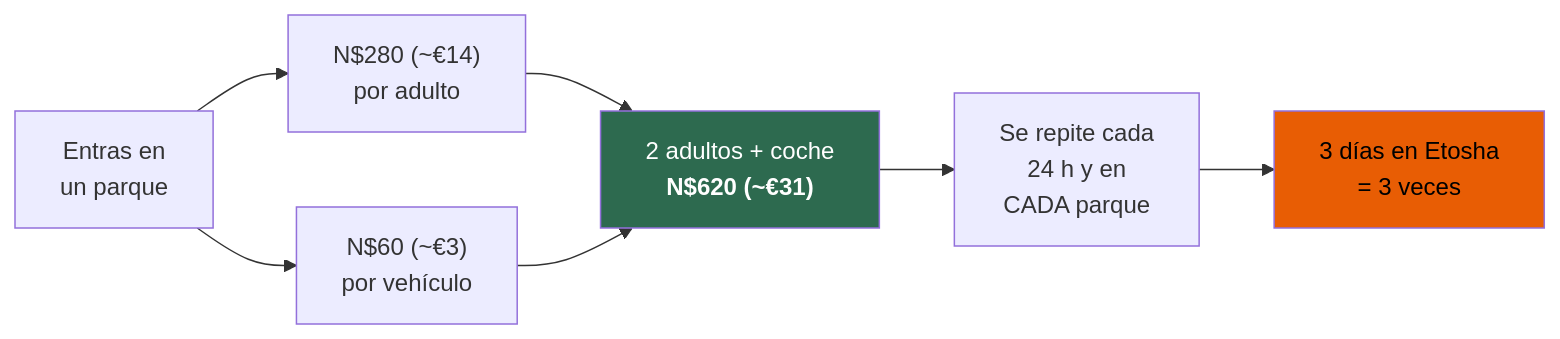
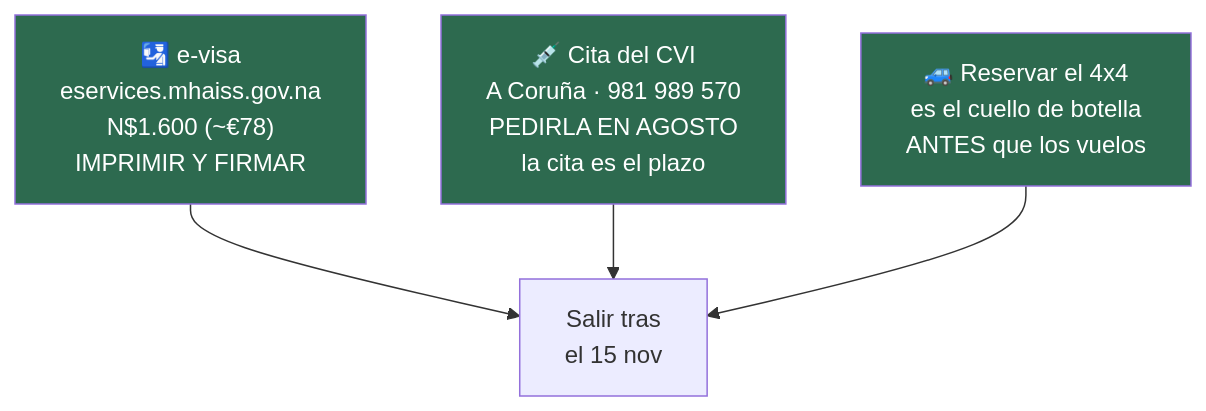
One commit to morandeirachema/namibia changed the seventh of 10 diagrams in README.md. Above: the diagram before and after it, drawn with Mermaid. The commit also changed other lines of this file, not shown here.

````diff
--- a/README.md
+++ b/README.md
@@ -260,11 +195,12 @@
 ```mermaid
-flowchart LR
-    E["Entras en<br/>un parque"] --> P["N$280 (~€14)<br/>por adulto"]
-    E --> V["N$60 (~€3)<br/>por vehículo"]
-    P --> T["2 adultos + coche<br/><b>N$620 (~€31)</b>"]
-    V --> T
-    T --> R["Se repite cada<br/>24 h y en<br/>CADA parque"]
-    R --> X["3 días en Etosha<br/>= 3 veces"]
-    style T fill:#2d6a4f,color:#fff
-    style X fill:#e85d04,color:#000
+flowchart TD
+    A["🛂 e-visa<br/>eservices.mhaiss.gov.na<br/>N$1.600 (~€78)<br/>IMPRIMIR Y FIRMAR"]
+    B["💉 Cita del CVI<br/>A Coruña · 981 989 570<br/>PEDIRLA EN AGOSTO<br/>la cita es el plazo"]
+    C["🚙 Reservar el 4x4<br/>es el cuello de botella<br/>ANTES que los vuelos"]
+    A --> D["Salir tras<br/>el 15 nov"]
+    B --> D
+    C --> D
+    style A fill:#2d6a4f,color:#fff
+    style B fill:#2d6a4f,color:#fff
+    style C fill:#2d6a4f,color:#fff
 ```
````
